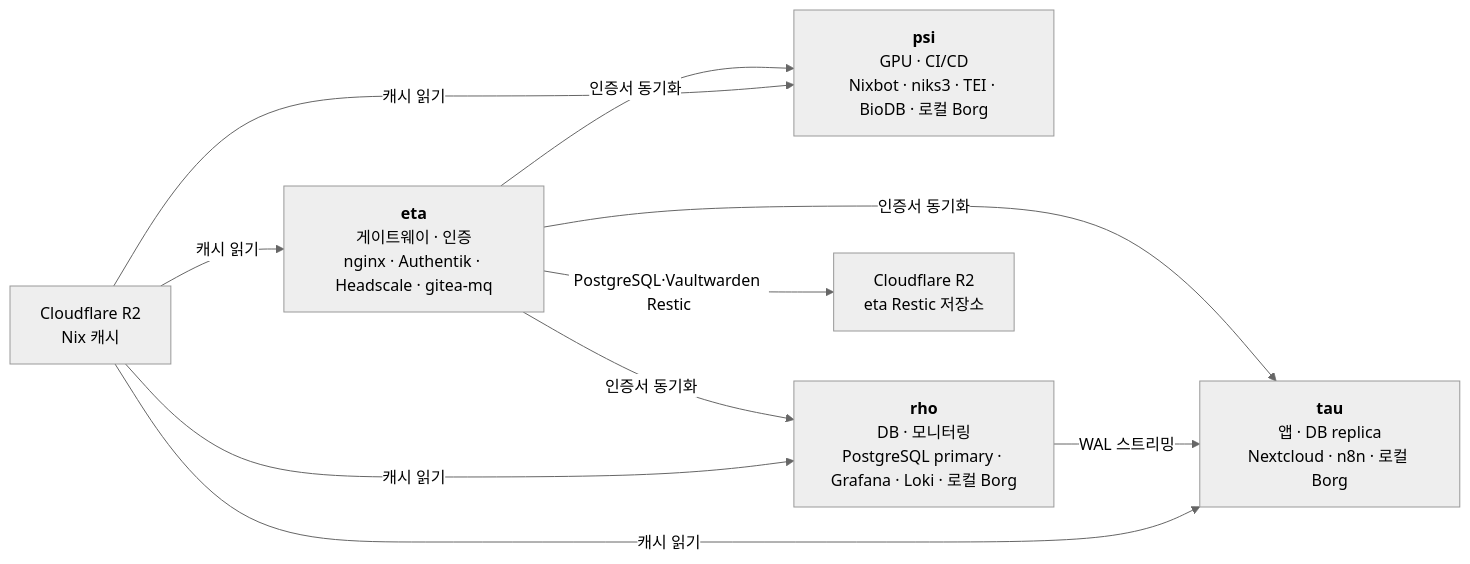
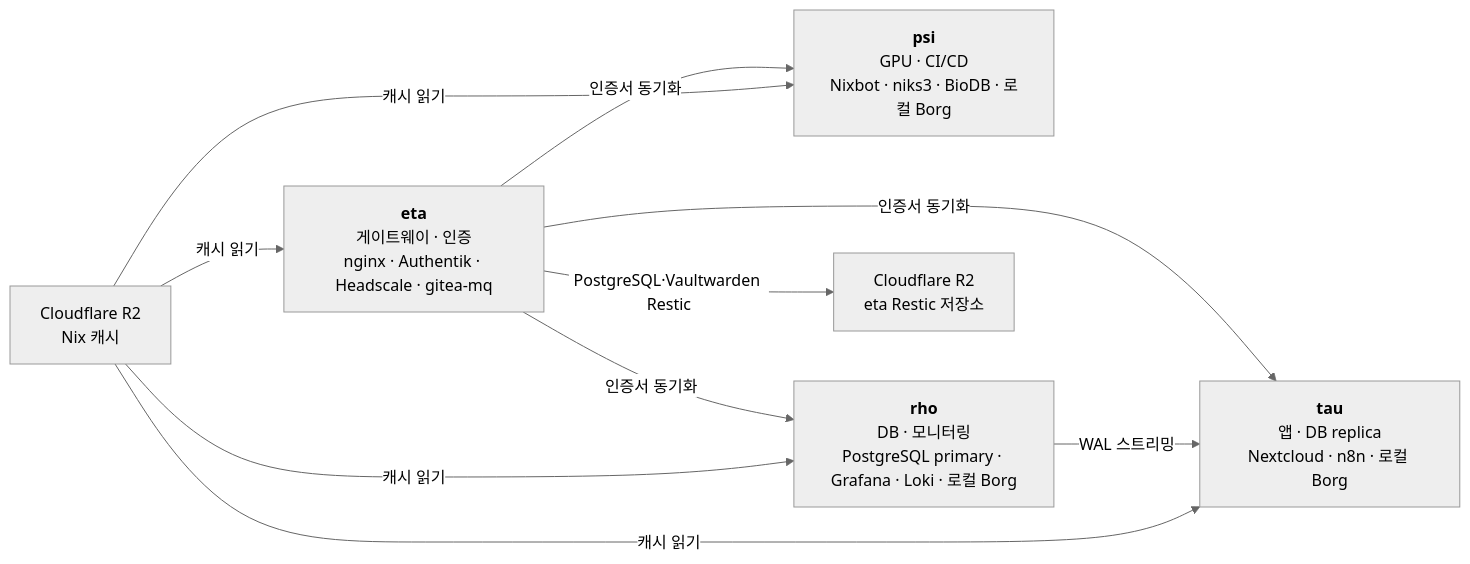
The first of 2 diagrams in docs/admin/architecture.md (SBEE-Lab/infra), drawn with Mermaid (neutral theme) before and after one commit. The commit also changed other lines of this file and 37 other files, not shown here.

````diff
--- a/docs/admin/architecture.md
+++ b/docs/admin/architecture.md
@@ -13,14 +13,14 @@
 ```mermaid
 graph LR
   eta["<b>eta</b><br/>게이트웨이 · 인증<br/>nginx · Authentik · Headscale · gitea-mq"]
-  psi["<b>psi</b><br/>GPU · CI/CD<br/>Nixbot · niks3 · TEI · BioDB · 로컬 Borg"]
+  psi["<b>psi</b><br/>GPU · CI/CD<br/>Nixbot · niks3 · BioDB · 로컬 Borg"]
   rho["<b>rho</b><br/>DB · 모니터링<br/>PostgreSQL primary · Grafana · Loki · 로컬 Borg"]
   tau["<b>tau</b><br/>앱 · DB replica<br/>Nextcloud · n8n · 로컬 Borg"]
   r2["Cloudflare R2<br/>eta Restic 저장소"]
   cache["Cloudflare R2<br/>Nix 캐시"]
 
   eta -- "인증서 동기화" --> psi & rho & tau
   rho -- "WAL 스트리밍" --> tau
   eta -- "PostgreSQL·Vaultwarden Restic" --> r2
   cache -- "캐시 읽기" --> psi & rho & tau & eta
 ```
````
